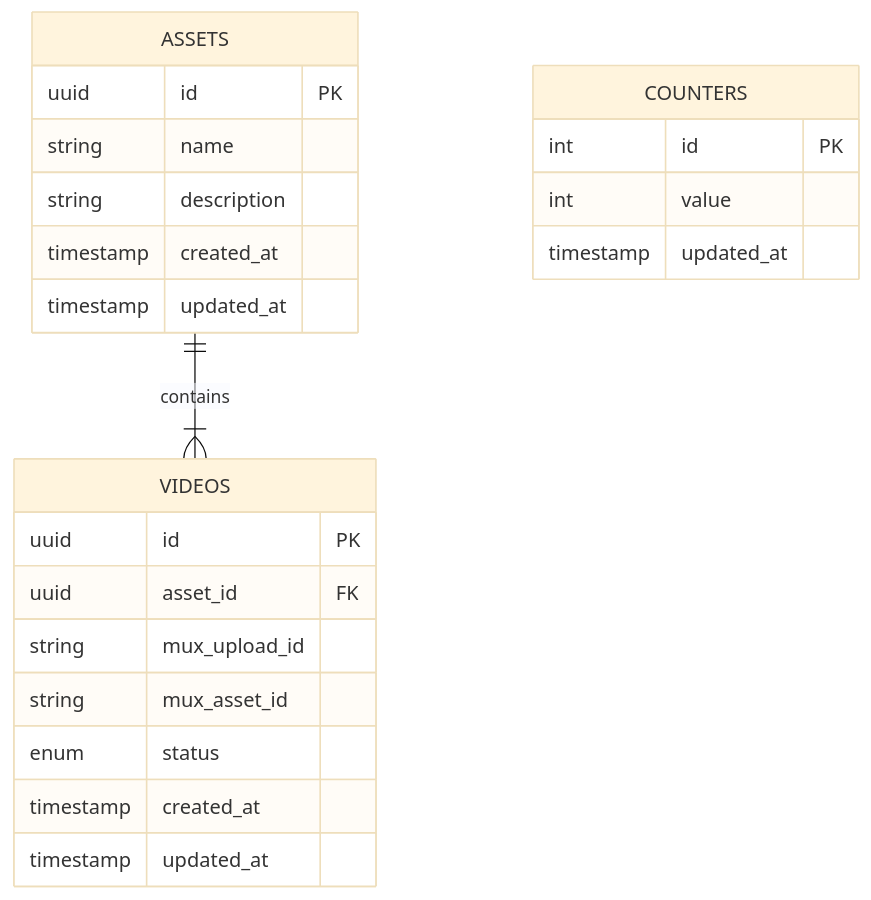
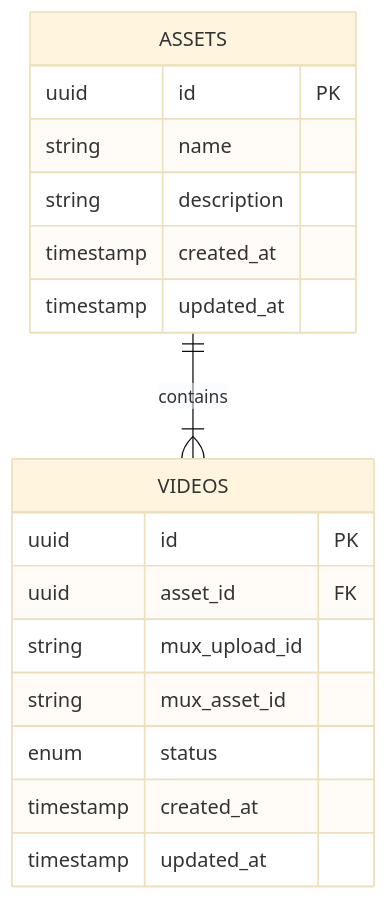
The third of 3 diagrams in README.md (OZIOisgood/zeta), drawn with Mermaid (base theme) before and after one commit. The commit also changed other lines of this file and 10 other files, not shown here.

````diff
--- a/README.md
+++ b/README.md
@@ -115,25 +115,20 @@
 ```mermaid
 erDiagram
     ASSETS ||--|{ VIDEOS : contains
     ASSETS {
         uuid id PK
         string name
         string description
         timestamp created_at
         timestamp updated_at
     }
     VIDEOS {
         uuid id PK
         uuid asset_id FK
         string mux_upload_id
         string mux_asset_id
         enum status
         timestamp created_at
         timestamp updated_at
     }
-    COUNTERS {
-        int id PK
-        int value
-        timestamp updated_at
-    }
 ```
````
